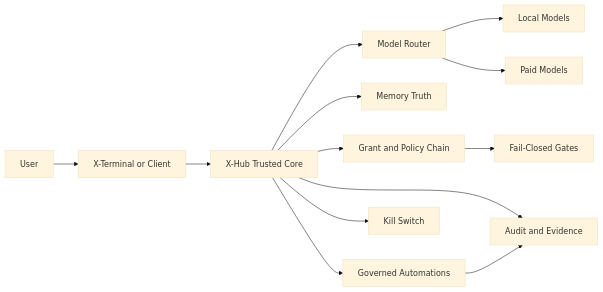
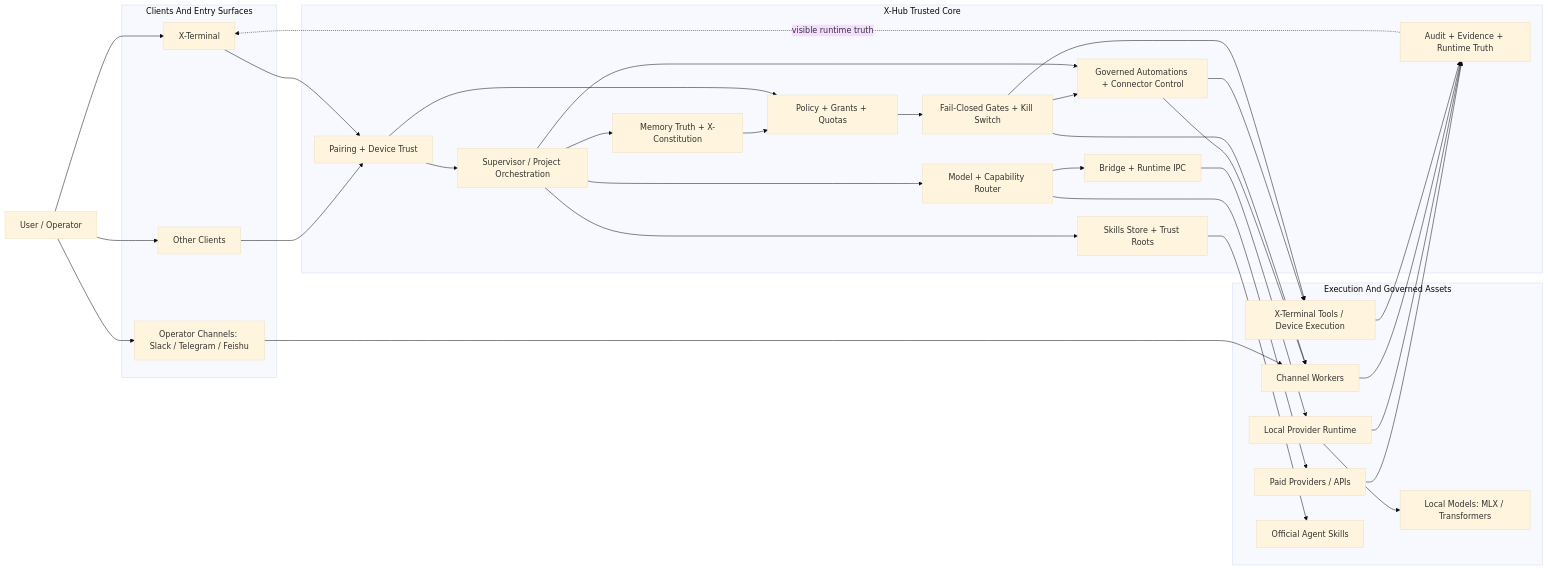
Before and after one commit to AndrewXie-Rich/x-hub-system: the diagram in README.md, drawn with Mermaid (base theme). The commit also changed other lines of this file and 39 other files, not shown here.

````diff
--- a/README.md
+++ b/README.md
@@ -195,17 +279,69 @@
 ```mermaid
 flowchart LR
-    U[User] --> XT[X-Terminal or Client]
-    XT --> H[X-Hub Trusted Core]
+    U[User / Operator]
 
-    H --> MR[Model Router]
-    H --> MM[Memory Truth]
-    H --> GP[Grant and Policy Chain]
-    H --> AU[Audit and Evidence]
-    H --> AT[Governed Automations]
-    H --> KS[Kill Switch]
+    subgraph C[Clients And Entry Surfaces]
+        XT[X-Terminal]
+        CL[Other Clients]
+        OC[Operator Channels: Slack / Telegram / Feishu]
+    end
 
-    GP --> FG[Fail-Closed Gates]
-    MR --> LM[Local Models]
-    MR --> PM[Paid Models]
-    AT --> AU
+    subgraph H[X-Hub Trusted Core]
+        PA[Pairing + Device Trust]
+        SUP[Supervisor / Project Orchestration]
+        MM[Memory Truth + X-Constitution]
+        GP[Policy + Grants + Quotas]
+        SK[Skills Store + Trust Roots]
+        MR[Model + Capability Router]
+        AT[Governed Automations + Connector Control]
+        FG[Fail-Closed Gates + Kill Switch]
+        IPC[Bridge + Runtime IPC]
+        AU[Audit + Evidence + Runtime Truth]
+    end
+
+    subgraph E[Execution And Governed Assets]
+        XTEX[X-Terminal Tools / Device Execution]
+        CHW[Channel Workers]
+        LPR[Local Provider Runtime]
+        LM[Local Models: MLX / Transformers]
+        PM[Paid Providers / APIs]
+        OAS[Official Agent Skills]
+    end
+
+    U --> XT
+    U --> CL
+    U --> OC
+
+    XT --> PA
+    CL --> PA
+    OC --> CHW
+
+    PA --> SUP
+    PA --> GP
+
+    SUP --> MM
+    SUP --> SK
+    SUP --> MR
+    SUP --> AT
+
+    MM --> GP
+    SK --> OAS
+    MR --> IPC
+    IPC --> LPR
+    LPR --> LM
+    MR --> PM
+
+    GP --> FG
+    FG --> XTEX
+    FG --> CHW
+    FG --> AT
+
+    AT --> XTEX
+    AT --> CHW
+
+    XTEX --> AU
+    CHW --> AU
+    LPR --> AU
+    PM --> AU
+    AU -. visible runtime truth .-> XT
 ```
````
